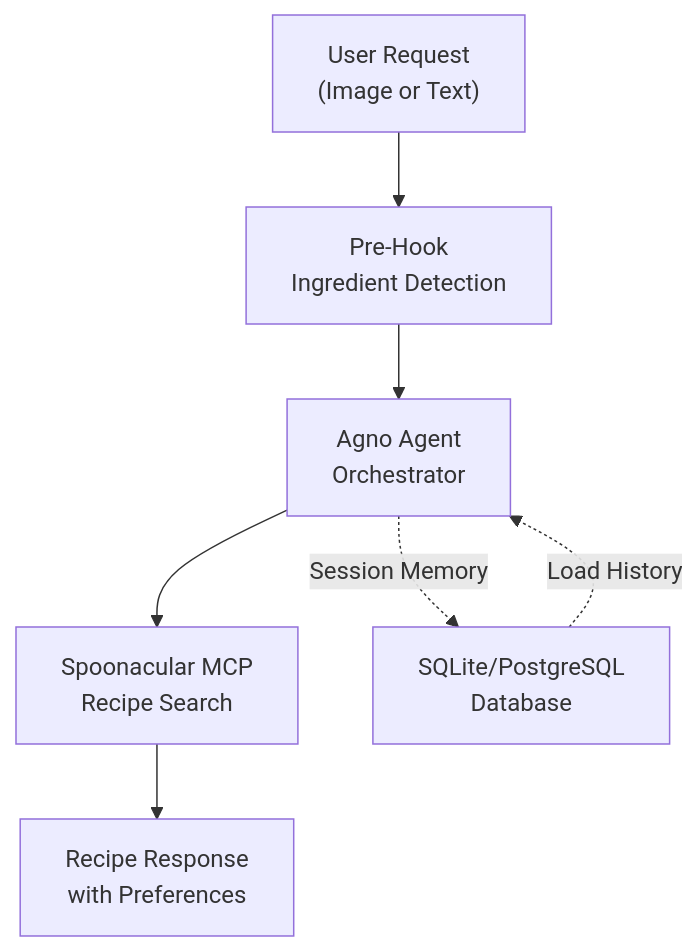
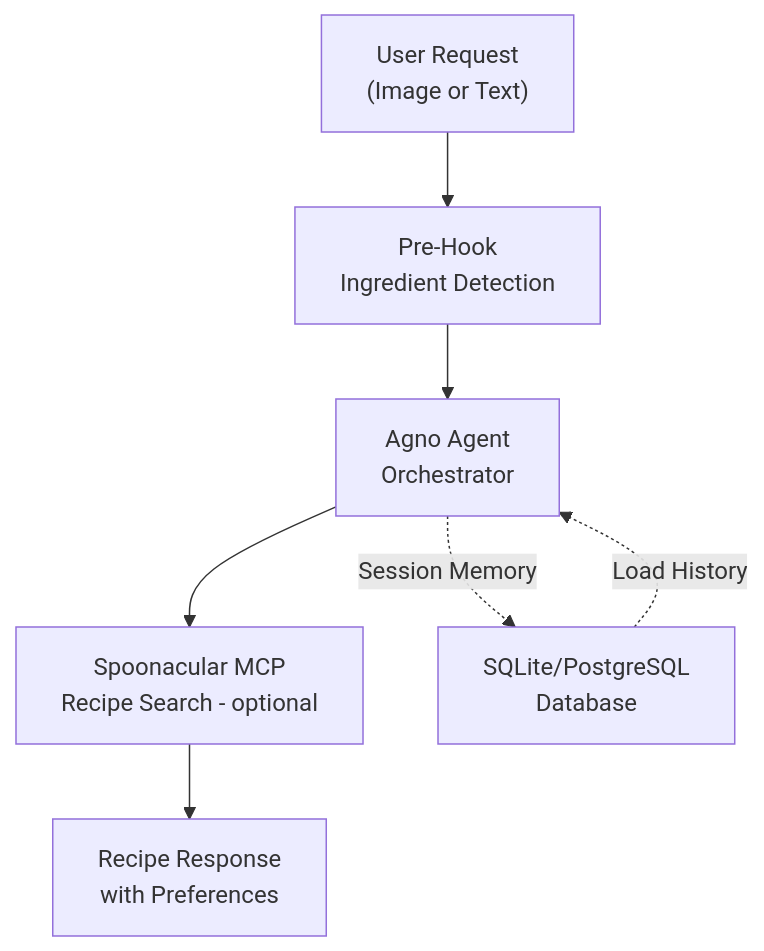
Before and after one commit to javiramos1/recipe-agent: the diagram in README.md, drawn with Mermaid. The commit also changed other lines of this file and 4 other files, not shown here.

````diff
--- a/README.md
+++ b/README.md
@@ -63,10 +69,10 @@
 ```mermaid
 graph TD
     A["User Request<br/>(Image or Text)"] --> B["Pre-Hook<br/>Ingredient Detection"]
     B --> C["Agno Agent<br/>Orchestrator"]
-    C --> D["Spoonacular MCP<br/>Recipe Search"]
+    C --> D["Spoonacular MCP<br/>Recipe Search - optional"]
     D --> E["Recipe Response<br/>with Preferences"]
     
     C -.->|Session Memory| F["SQLite/PostgreSQL<br/>Database"]
     F -.->|Load History| C
 ```
````
